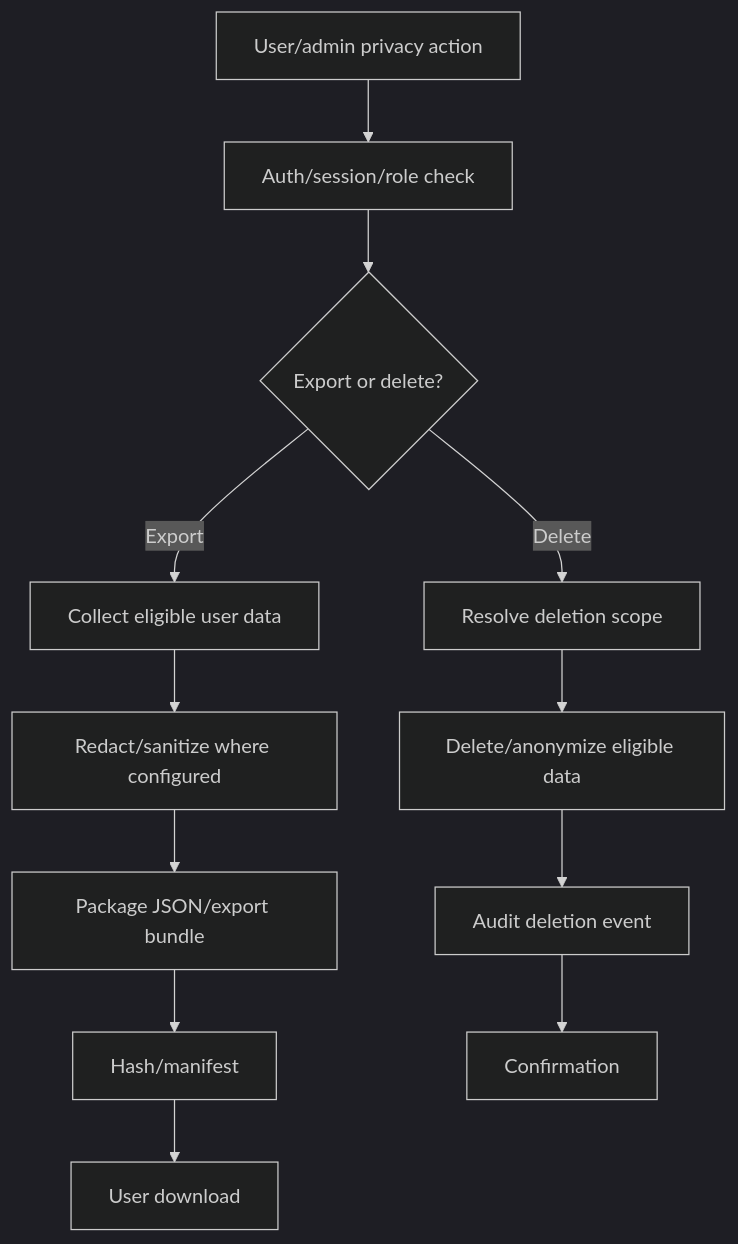
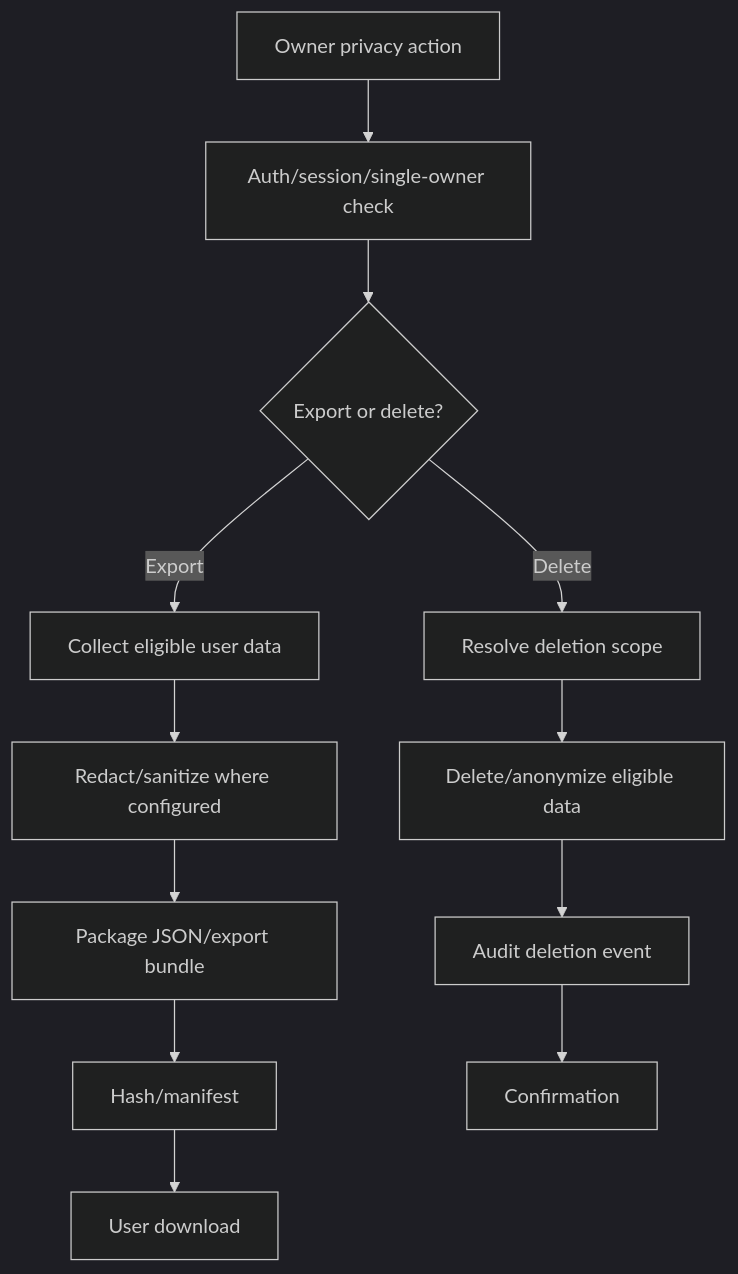
The ninth of 10 diagrams in docs/DATA_FLOW_DIAGRAMS.md (kherrera6219/DataLogicEngine), drawn with Mermaid (dark theme) before and after one commit. The commit also changed 3 other files, not shown here.

First line of the commit message:
docs: content review — final role-check survivors (SECURITY/DATABASE_SCHEMA/DATA_FLOW/SEQUENCE)

````diff
--- a/docs/DATA_FLOW_DIAGRAMS.md
+++ b/docs/DATA_FLOW_DIAGRAMS.md
@@ -253,15 +253,15 @@
 ```mermaid
 flowchart TD
-    USER[User/admin privacy action] --> AUTH[Auth/session/role check]
+    USER[Owner privacy action] --> AUTH[Auth/session/single-owner check]
     AUTH --> ACTION{Export or delete?}
     ACTION -- Export --> COLLECT[Collect eligible user data]
     COLLECT --> REDACT[Redact/sanitize where configured]
     REDACT --> PACKAGE[Package JSON/export bundle]
     PACKAGE --> MANIFEST[Hash/manifest]
     MANIFEST --> DOWNLOAD[User download]
 
     ACTION -- Delete --> SCOPE[Resolve deletion scope]
     SCOPE --> APPLY[Delete/anonymize eligible data]
     APPLY --> AUDIT[Audit deletion event]
     AUDIT --> CONFIRM[Confirmation]
 ```
````
